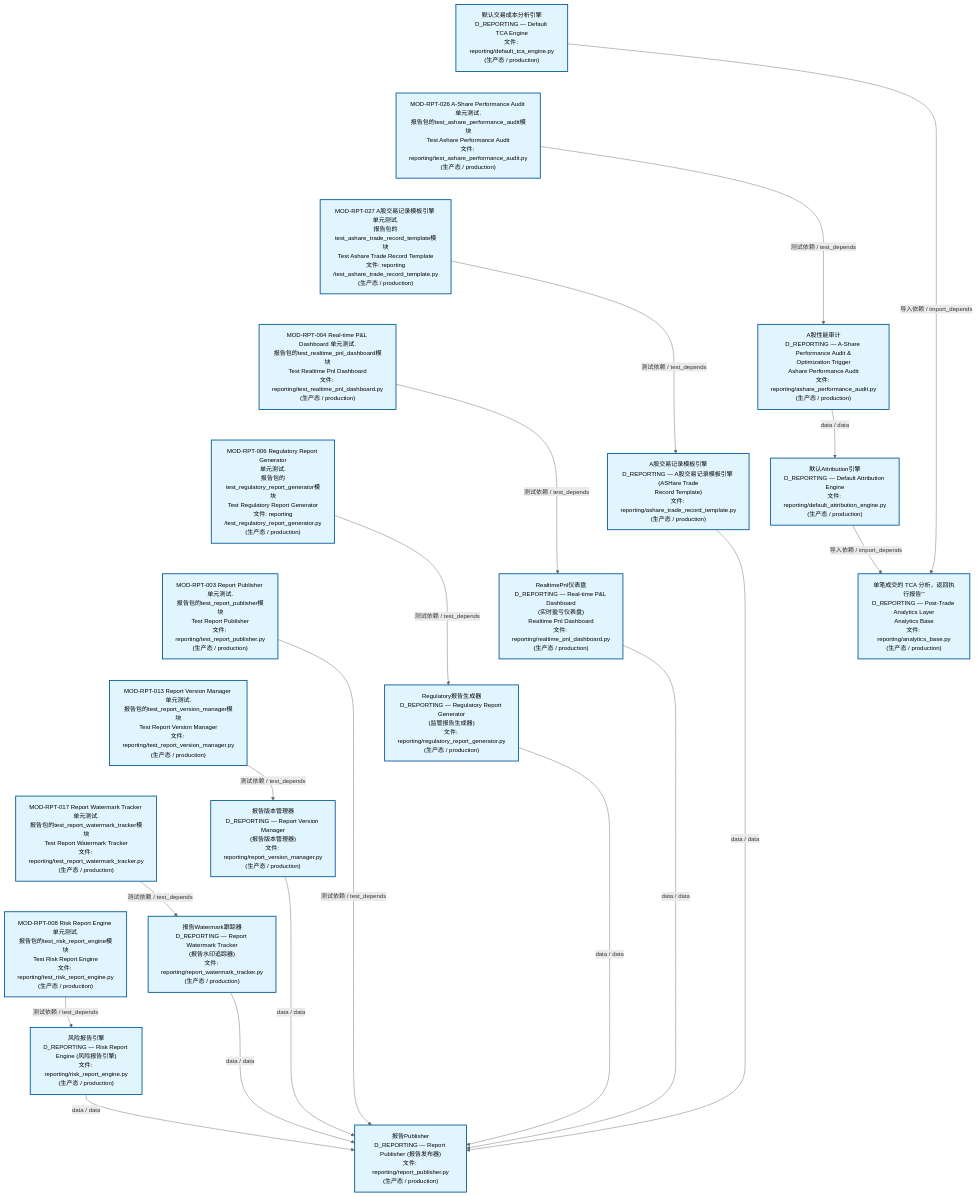
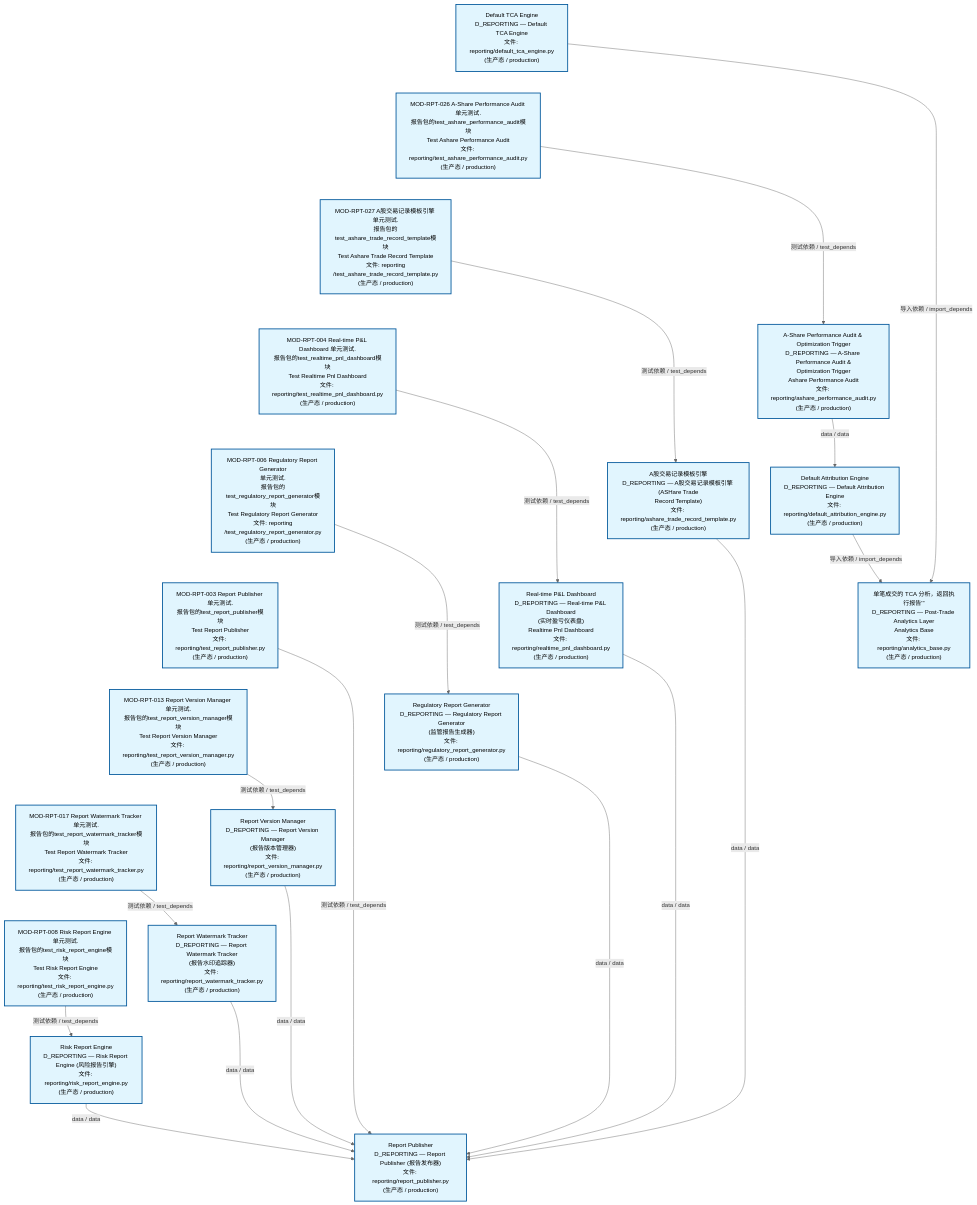
Before and after one commit to xuanFelixVan/ZephyrAlpha: the second of 4 diagrams in docs/02_enterprise_architecture/02_domain_architecture_docs/26_d_reporting.md, drawn with Mermaid. The commit also changed other lines of this file and 51 other files, not shown here.

````diff
--- a/docs/02_enterprise_architecture/02_domain_architecture_docs/26_d_reporting.md
+++ b/docs/02_enterprise_architecture/02_domain_architecture_docs/26_d_reporting.md
@@ -148,60 +148,60 @@
 ```mermaid
 %%{init: {'theme': 'base', 'themeVariables': {'primaryColor': '#eaeaea', 'primaryTextColor': '#333333', 'primaryBorderColor': '#666666', 'lineColor': '#666666', 'secondaryColor': '#eaeaea', 'tertiaryColor': '#eaeaea', 'fontSize': '14px'}}}%%
 flowchart TD
-    src_zephyr_reporting_default_tca_engine_py["默认交易成本分析引擎<br/>D_REPORTING — Default TCA Engine<br/>文件: reporting/default_tca_engine.py<br/>(生产态 / production)"]
+    src_zephyr_reporting_default_tca_engine_py["Default TCA Engine<br/>D_REPORTING — Default TCA Engine<br/>文件: reporting/default_tca_engine.py<br/>(生产态 / production)"]
     tests_reporting_test_ashare_performance_audit_py["MOD-RPT-026 A-Share Performance Audit 单元测试.<br/>报告包的test_ashare_performance_audit模块<br/>Test Ashare Performance Audit<br/>文件: reporting/test_ashare_performance_audit.py<br/>(生产态 / production)"]
     tests_reporting_test_ashare_trade_record_template_py["MOD-RPT-027 A股交易记录模板引擎 单元测试.<br/>报告包的test_ashare_trade_record_template模块<br/>Test Ashare Trade Record Template<br/>文件: reporting<br/>/test_ashare_trade_record_template.py<br/>(生产态 / production)"]
     tests_reporting_test_realtime_pnl_dashboard_py["MOD-RPT-004 Real-time P&L Dashboard 单元测试.<br/>报告包的test_realtime_pnl_dashboard模块<br/>Test Realtime Pnl Dashboard<br/>文件: reporting/test_realtime_pnl_dashboard.py<br/>(生产态 / production)"]
     tests_reporting_test_regulatory_report_generator_py["MOD-RPT-006 Regulatory Report Generator<br/>单元测试.<br/>报告包的test_regulatory_report_generator模块<br/>Test Regulatory Report Generator<br/>文件: reporting<br/>/test_regulatory_report_generator.py<br/>(生产态 / production)"]
     tests_reporting_test_report_publisher_py["MOD-RPT-003 Report Publisher 单元测试.<br/>报告包的test_report_publisher模块<br/>Test Report Publisher<br/>文件: reporting/test_report_publisher.py<br/>(生产态 / production)"]
     tests_reporting_test_report_version_manager_py["MOD-RPT-013 Report Version Manager 单元测试.<br/>报告包的test_report_version_manager模块<br/>Test Report Version Manager<br/>文件: reporting/test_report_version_manager.py<br/>(生产态 / production)"]
     tests_reporting_test_report_watermark_tracker_py["MOD-RPT-017 Report Watermark Tracker 单元测试.<br/>报告包的test_report_watermark_tracker模块<br/>Test Report Watermark Tracker<br/>文件: reporting/test_report_watermark_tracker.py<br/>(生产态 / production)"]
     tests_reporting_test_risk_report_engine_py["MOD-RPT-008 Risk Report Engine 单元测试.<br/>报告包的test_risk_report_engine模块<br/>Test Risk Report Engine<br/>文件: reporting/test_risk_report_engine.py<br/>(生产态 / production)"]
     src_zephyr_reporting_default_tca_engine_py ~~~ tests_reporting_test_ashare_performance_audit_py
     tests_reporting_test_ashare_performance_audit_py ~~~ tests_reporting_test_ashare_trade_record_template_py
     tests_reporting_test_ashare_trade_record_template_py ~~~ tests_reporting_test_realtime_pnl_dashboard_py
     tests_reporting_test_realtime_pnl_dashboard_py ~~~ tests_reporting_test_regulatory_report_generator_py
     tests_reporting_test_regulatory_report_generator_py ~~~ tests_reporting_test_report_publisher_py
     tests_reporting_test_report_publisher_py ~~~ tests_reporting_test_report_version_manager_py
     tests_reporting_test_report_version_manager_py ~~~ tests_reporting_test_report_watermark_tracker_py
     tests_reporting_test_report_watermark_tracker_py ~~~ tests_reporting_test_risk_report_engine_py
-    src_zephyr_reporting_ashare_performance_audit_py["A股性能审计<br/>D_REPORTING — A-Share Performance Audit &<br/>Optimization Trigger<br/>Ashare Performance Audit<br/>文件: reporting/ashare_performance_audit.py<br/>(生产态 / production)"]
+    src_zephyr_reporting_ashare_performance_audit_py["A-Share Performance Audit & Optimization Trigger<br/>D_REPORTING — A-Share Performance Audit &<br/>Optimization Trigger<br/>Ashare Performance Audit<br/>文件: reporting/ashare_performance_audit.py<br/>(生产态 / production)"]
     src_zephyr_reporting_ashare_trade_record_template_py["A股交易记录模板引擎<br/>D_REPORTING — A股交易记录模板引擎 (ASHare Trade<br/>Record Template)<br/>文件: reporting/ashare_trade_record_template.py<br/>(生产态 / production)"]
-    src_zephyr_reporting_realtime_pnl_dashboard_py["RealtimePnl仪表盘<br/>D_REPORTING — Real-time P&L Dashboard<br/>(实时盈亏仪表盘)<br/>Realtime Pnl Dashboard<br/>文件: reporting/realtime_pnl_dashboard.py<br/>(生产态 / production)"]
-    src_zephyr_reporting_regulatory_report_generator_py["Regulatory报告生成器<br/>D_REPORTING — Regulatory Report Generator<br/>(监管报告生成器)<br/>文件: reporting/regulatory_report_generator.py<br/>(生产态 / production)"]
-    src_zephyr_reporting_report_version_manager_py["报告版本管理器<br/>D_REPORTING — Report Version Manager<br/>(报告版本管理器)<br/>文件: reporting/report_version_manager.py<br/>(生产态 / production)"]
-    src_zephyr_reporting_report_watermark_tracker_py["报告Watermark跟踪器<br/>D_REPORTING — Report Watermark Tracker<br/>(报告水印追踪器)<br/>文件: reporting/report_watermark_tracker.py<br/>(生产态 / production)"]
-    src_zephyr_reporting_risk_report_engine_py["风险报告引擎<br/>D_REPORTING — Risk Report Engine (风险报告引擎)<br/>文件: reporting/risk_report_engine.py<br/>(生产态 / production)"]
+    src_zephyr_reporting_realtime_pnl_dashboard_py["Real-time P&L Dashboard<br/>D_REPORTING — Real-time P&L Dashboard<br/>(实时盈亏仪表盘)<br/>Realtime Pnl Dashboard<br/>文件: reporting/realtime_pnl_dashboard.py<br/>(生产态 / production)"]
+    src_zephyr_reporting_regulatory_report_generator_py["Regulatory Report Generator<br/>D_REPORTING — Regulatory Report Generator<br/>(监管报告生成器)<br/>文件: reporting/regulatory_report_generator.py<br/>(生产态 / production)"]
+    src_zephyr_reporting_report_version_manager_py["Report Version Manager<br/>D_REPORTING — Report Version Manager<br/>(报告版本管理器)<br/>文件: reporting/report_version_manager.py<br/>(生产态 / production)"]
+    src_zephyr_reporting_report_watermark_tracker_py["Report Watermark Tracker<br/>D_REPORTING — Report Watermark Tracker<br/>(报告水印追踪器)<br/>文件: reporting/report_watermark_tracker.py<br/>(生产态 / production)"]
+    src_zephyr_reporting_risk_report_engine_py["Risk Report Engine<br/>D_REPORTING — Risk Report Engine (风险报告引擎)<br/>文件: reporting/risk_report_engine.py<br/>(生产态 / production)"]
     src_zephyr_reporting_ashare_performance_audit_py ~~~ src_zephyr_reporting_ashare_trade_record_template_py
     src_zephyr_reporting_ashare_trade_record_template_py ~~~ src_zephyr_reporting_realtime_pnl_dashboard_py
     src_zephyr_reporting_realtime_pnl_dashboard_py ~~~ src_zephyr_reporting_regulatory_report_generator_py
     src_zephyr_reporting_regulatory_report_generator_py ~~~ src_zephyr_reporting_report_version_manager_py
     src_zephyr_reporting_report_version_manager_py ~~~ src_zephyr_reporting_report_watermark_tracker_py
     src_zephyr_reporting_report_watermark_tracker_py ~~~ src_zephyr_reporting_risk_report_engine_py
-    src_zephyr_reporting_default_attribution_engine_py["默认Attribution引擎<br/>D_REPORTING — Default Attribution Engine<br/>文件: reporting/default_attribution_engine.py<br/>(生产态 / production)"]
-    src_zephyr_reporting_report_publisher_py["报告Publisher<br/>D_REPORTING — Report Publisher (报告发布器)<br/>文件: reporting/report_publisher.py<br/>(生产态 / production)"]
+    src_zephyr_reporting_default_attribution_engine_py["Default Attribution Engine<br/>D_REPORTING — Default Attribution Engine<br/>文件: reporting/default_attribution_engine.py<br/>(生产态 / production)"]
+    src_zephyr_reporting_report_publisher_py["Report Publisher<br/>D_REPORTING — Report Publisher (报告发布器)<br/>文件: reporting/report_publisher.py<br/>(生产态 / production)"]
     src_zephyr_reporting_default_attribution_engine_py ~~~ src_zephyr_reporting_report_publisher_py
     src_zephyr_reporting_analytics_base_py["单笔成交的 TCA 分析，返回执行报告'''<br/>D_REPORTING — Post-Trade Analytics Layer<br/>Analytics Base<br/>文件: reporting/analytics_base.py<br/>(生产态 / production)"]
     src_zephyr_reporting_ashare_trade_record_template_py -->|data / data| src_zephyr_reporting_report_publisher_py
     src_zephyr_reporting_ashare_performance_audit_py -->|data / data| src_zephyr_reporting_default_attribution_engine_py
     src_zephyr_reporting_default_attribution_engine_py -->|导入依赖 / import_depends| src_zephyr_reporting_analytics_base_py
     src_zephyr_reporting_realtime_pnl_dashboard_py -->|data / data| src_zephyr_reporting_report_publisher_py
     src_zephyr_reporting_default_tca_engine_py -->|导入依赖 / import_depends| src_zephyr_reporting_analytics_base_py
     src_zephyr_reporting_regulatory_report_generator_py -->|data / data| src_zephyr_reporting_report_publisher_py
     src_zephyr_reporting_report_version_manager_py -->|data / data| src_zephyr_reporting_report_publisher_py
     src_zephyr_reporting_report_watermark_tracker_py -->|data / data| src_zephyr_reporting_report_publisher_py
     src_zephyr_reporting_risk_report_engine_py -->|data / data| src_zephyr_reporting_report_publisher_py
     tests_reporting_test_ashare_performance_audit_py -->|测试依赖 / test_depends| src_zephyr_reporting_ashare_performance_audit_py
     tests_reporting_test_ashare_trade_record_template_py -->|测试依赖 / test_depends| src_zephyr_reporting_ashare_trade_record_template_py
     tests_reporting_test_realtime_pnl_dashboard_py -->|测试依赖 / test_depends| src_zephyr_reporting_realtime_pnl_dashboard_py
     tests_reporting_test_report_version_manager_py -->|测试依赖 / test_depends| src_zephyr_reporting_report_version_manager_py
     tests_reporting_test_risk_report_engine_py -->|测试依赖 / test_depends| src_zephyr_reporting_risk_report_engine_py
     tests_reporting_test_report_publisher_py -->|测试依赖 / test_depends| src_zephyr_reporting_report_publisher_py
     tests_reporting_test_report_watermark_tracker_py -->|测试依赖 / test_depends| src_zephyr_reporting_report_watermark_tracker_py
     tests_reporting_test_regulatory_report_generator_py -->|测试依赖 / test_depends| src_zephyr_reporting_regulatory_report_generator_py
     classDef production fill:#e1f5fe,stroke:#01579b,stroke-width:2px,color:#000
     classDef design fill:#fff3e0,stroke:#e65100,stroke-width:2px,color:#000,stroke-dasharray: 5 5
     classDef external_prod fill:#e8f4fd,stroke:#0277bd,stroke-width:1px,color:#000
     classDef external_design fill:#fff8e7,stroke:#ef6c00,stroke-width:1px,color:#000,stroke-dasharray: 5 5
     class src_zephyr_reporting_analytics_base_py,src_zephyr_reporting_ashare_performance_audit_py,src_zephyr_reporting_ashare_trade_record_template_py,src_zephyr_reporting_default_attribution_engine_py,src_zephyr_reporting_default_tca_engine_py,src_zephyr_reporting_realtime_pnl_dashboard_py,src_zephyr_reporting_regulatory_report_generator_py,src_zephyr_reporting_report_publisher_py,src_zephyr_reporting_report_version_manager_py,src_zephyr_reporting_report_watermark_tracker_py,src_zephyr_reporting_risk_report_engine_py,tests_reporting_test_ashare_performance_audit_py,tests_reporting_test_ashare_trade_record_template_py,tests_reporting_test_realtime_pnl_dashboard_py,tests_reporting_test_regulatory_report_generator_py,tests_reporting_test_report_publisher_py,tests_reporting_test_report_version_manager_py,tests_reporting_test_report_watermark_tracker_py,tests_reporting_test_risk_report_engine_py production
 ```
````
